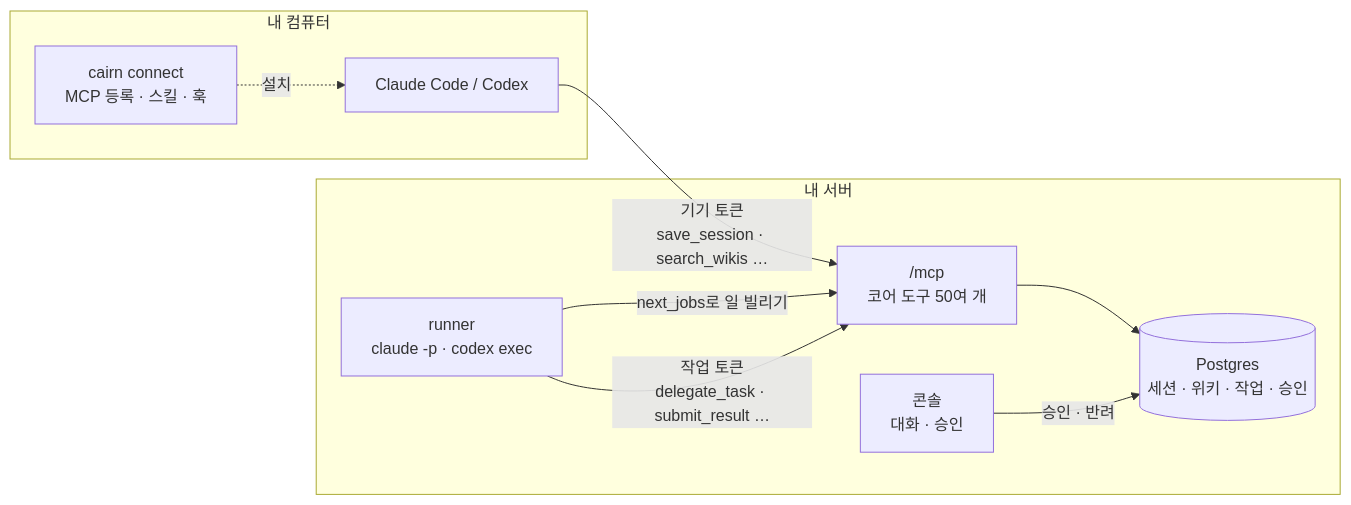
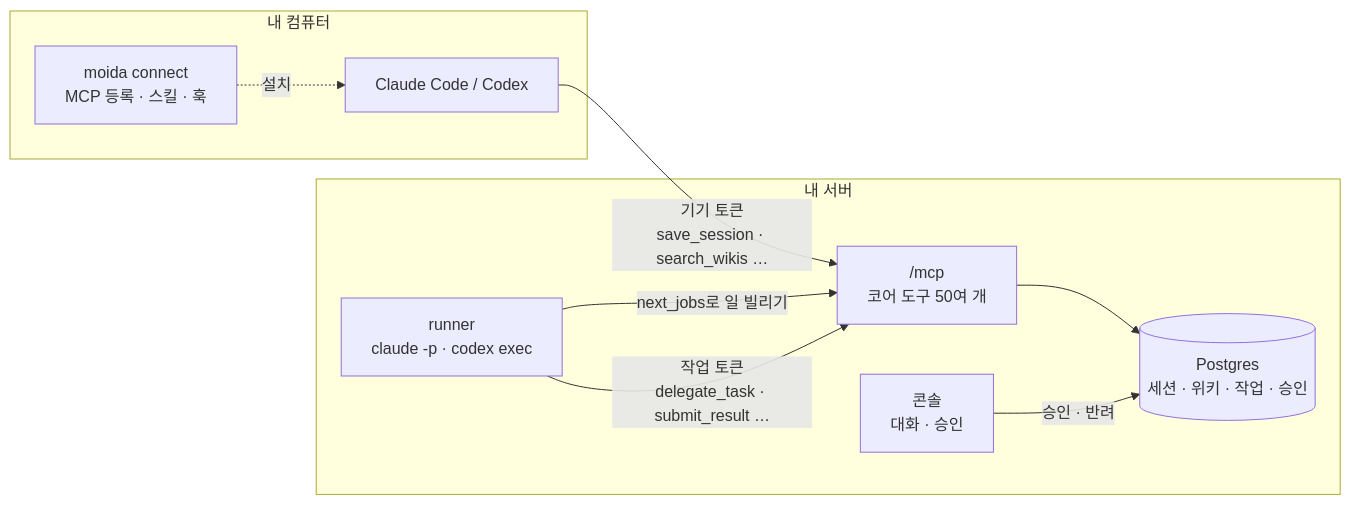
The first of 3 diagrams in README.md (KangminNa/Moida), drawn with Mermaid before and after one commit. The commit also changed other lines of this file and 586 other files, not shown here.

````diff
--- a/README.md
+++ b/README.md
@@ -114,19 +114,19 @@
 ```mermaid
 flowchart LR
   subgraph laptop [내 컴퓨터]
     CC[Claude Code / Codex]
-    CLI["cairn connect<br/>MCP 등록 · 스킬 · 훅"]
+    CLI["moida connect<br/>MCP 등록 · 스킬 · 훅"]
   end
   subgraph server [내 서버]
     MCP["/mcp<br/>코어 도구 50여 개"]
     CORE[(Postgres<br/>세션 · 위키 · 작업 · 승인)]
     RUN["runner<br/>claude -p · codex exec"]
     CON[콘솔<br/>대화 · 승인]
   end
   CLI -. 설치 .-> CC
   CC -- "기기 토큰<br/>save_session · search_wikis …" --> MCP
   RUN -- "next_jobs로 일 빌리기" --> MCP
   RUN -- "작업 토큰<br/>delegate_task · submit_result …" --> MCP
   MCP --> CORE
   CON -- "승인 · 반려" --> CORE
 ```
````
